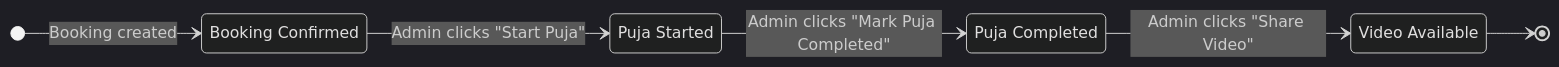
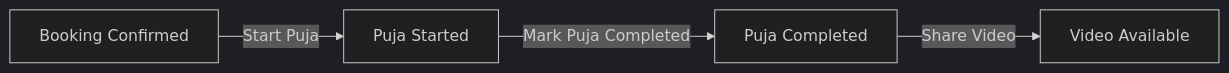
Before and after one commit to Prnasin/Aaradhya-setu-workflow: the diagram in README.md, drawn with Mermaid (dark theme). The commit also changed other lines of this file, not shown here.

````diff
--- a/README.md
+++ b/README.md
@@ -89,14 +19,6 @@
 ```mermaid
-stateDiagram-v2
-    direction LR
-    [*] --> BookingConfirmed: Booking created
-    BookingConfirmed --> PujaStarted: Admin clicks "Start Puja"
-    PujaStarted --> PujaCompleted: Admin clicks "Mark Puja Completed"
-    PujaCompleted --> VideoAvailable: Admin clicks "Share Video"
-    VideoAvailable --> [*]
-
-    BookingConfirmed: Booking Confirmed
-    PujaStarted: Puja Started
-    PujaCompleted: Puja Completed
-    VideoAvailable: Video Available
+flowchart LR
+    A[Booking Confirmed] -->|Start Puja| B[Puja Started]
+    B -->|Mark Puja Completed| C[Puja Completed]
+    C -->|Share Video| D[Video Available]
 ```
````
